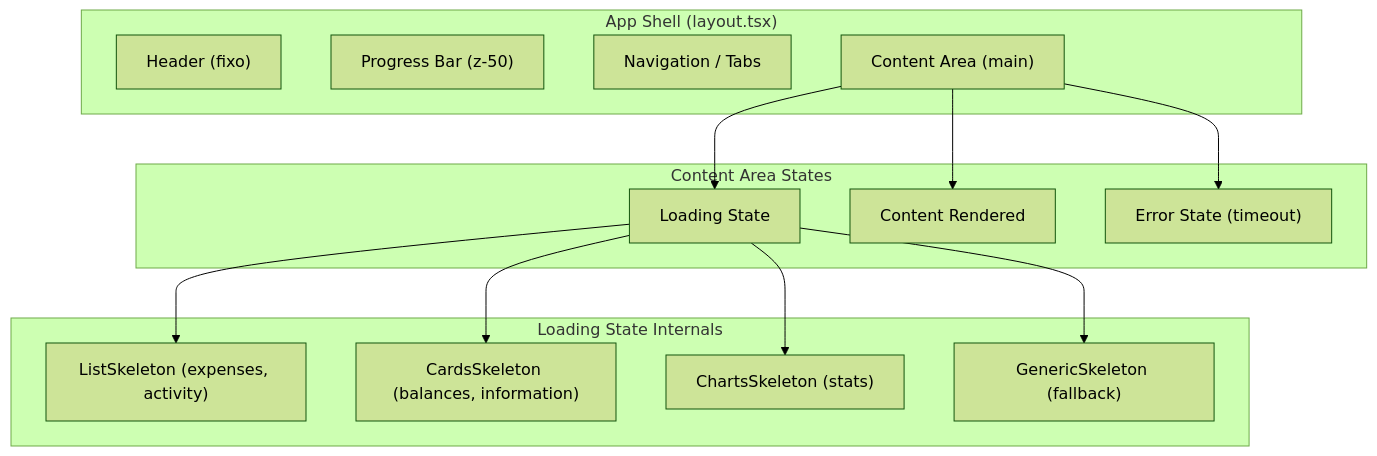
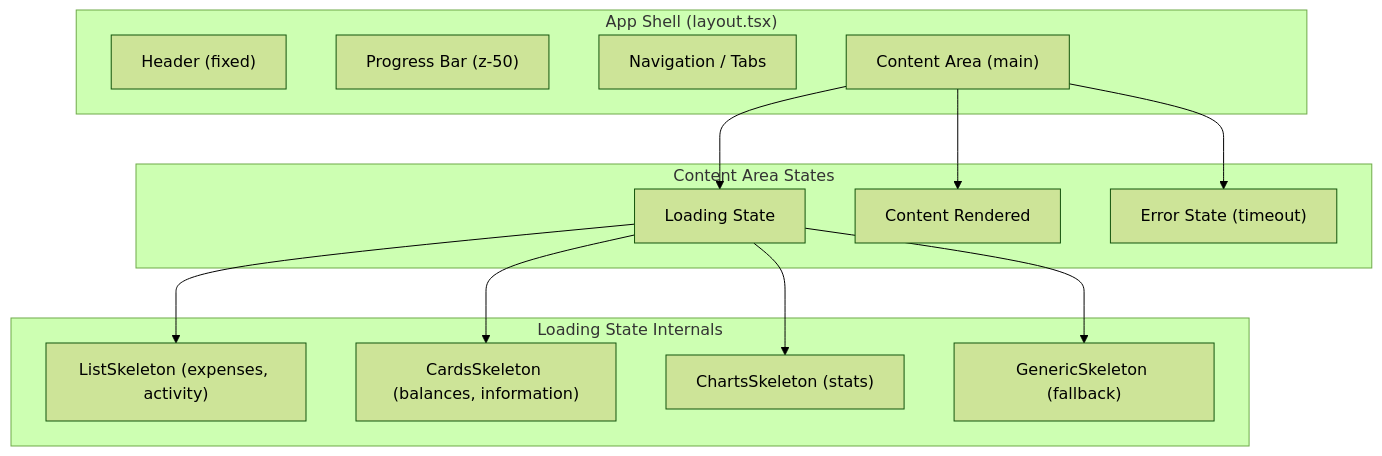
One commit to rjdmacedo/knots changed the first of 2 diagrams in .kiro/specs/tab-loading-states/design.md. Above: the diagram before and after it, drawn with Mermaid (forest theme). The commit also changed other lines of this file and 15 other files, not shown here.

````diff
--- a/.kiro/specs/tab-loading-states/design.md
+++ b/.kiro/specs/tab-loading-states/design.md
@@ -18,31 +18,31 @@
 ```mermaid
 graph TD
     subgraph "App Shell (layout.tsx)"
-        Header["Header (fixo)"]
+        Header["Header (fixed)"]
         ProgressBar["Progress Bar (z-50)"]
         Nav["Navigation / Tabs"]
         ContentArea["Content Area (main)"]
     end
 
     subgraph "Content Area States"
         LoadingState["Loading State"]
         ContentReady["Content Rendered"]
         ErrorState["Error State (timeout)"]
     end
 
     subgraph "Loading State Internals"
         SkeletonList["ListSkeleton (expenses, activity)"]
         SkeletonCards["CardsSkeleton (balances, information)"]
         SkeletonCharts["ChartsSkeleton (stats)"]
         SkeletonGeneric["GenericSkeleton (fallback)"]
     end
 
     ContentArea --> LoadingState
     ContentArea --> ContentReady
     ContentArea --> ErrorState
 
     LoadingState --> SkeletonList
     LoadingState --> SkeletonCards
     LoadingState --> SkeletonCharts
     LoadingState --> SkeletonGeneric
 ```
````
